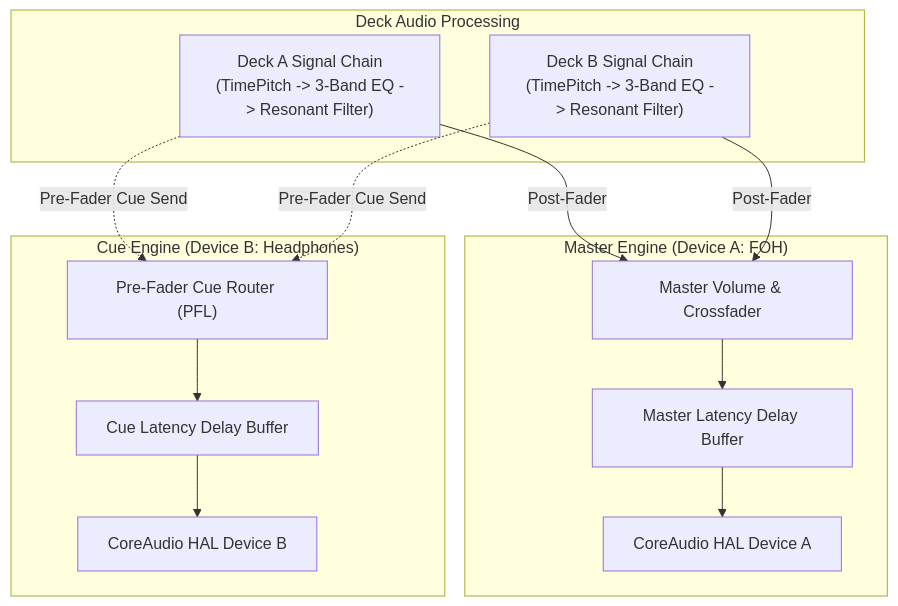
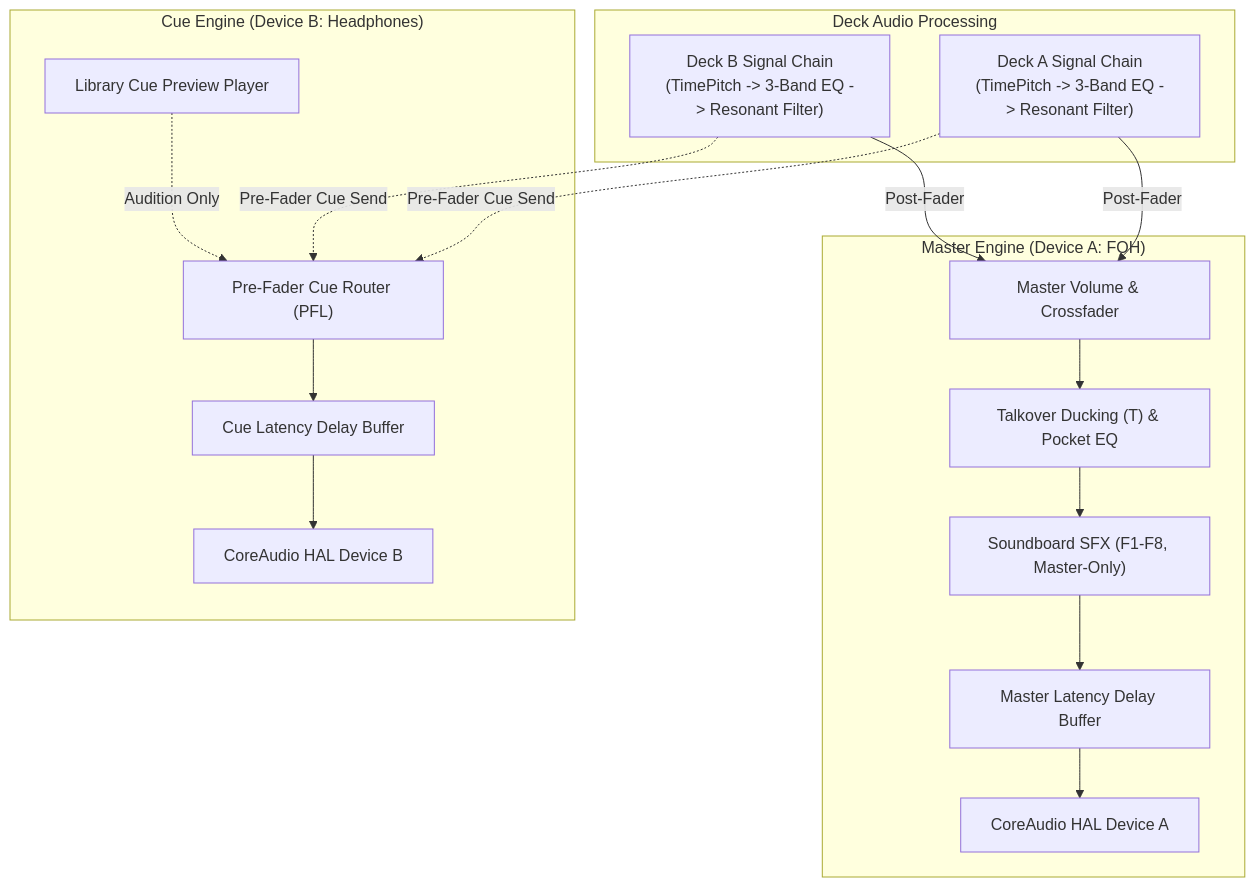
One commit to Ejv1k/PulseDeckAI changed the diagram in README.md. Above: the diagram before and after it, drawn with Mermaid. The commit also changed other lines of this file and 4 other files, not shown here.

````diff
--- a/README.md
+++ b/README.md
@@ -63,25 +57,29 @@
 ```mermaid
 graph TD
     subgraph Decks["Deck Audio Processing"]
         DA["Deck A Signal Chain<br/>(TimePitch -> 3-Band EQ -> Resonant Filter)"]
         DB["Deck B Signal Chain<br/>(TimePitch -> 3-Band EQ -> Resonant Filter)"]
     end
 
     subgraph MasterPipeline["Master Engine (Device A: FOH)"]
         MFader["Master Volume & Crossfader"]
+        MDuck["Talkover Ducking (T) & Pocket EQ"]
+        MSoundboard["Soundboard SFX (F1-F8, Master-Only)"]
         MDelay["Master Latency Delay Buffer"]
         MHAL["CoreAudio HAL Device A"]
         DA -->|Post-Fader| MFader
         DB -->|Post-Fader| MFader
-        MFader --> MDelay --> MHAL
+        MFader --> MDuck --> MSoundboard --> MDelay --> MHAL
     end
 
     subgraph CuePipeline["Cue Engine (Device B: Headphones)"]
         CueMixer["Pre-Fader Cue Router (PFL)"]
+        CuePreview["Library Cue Preview Player"]
         CDelay["Cue Latency Delay Buffer"]
         CHAL["CoreAudio HAL Device B"]
         DA -.->|Pre-Fader Cue Send| CueMixer
         DB -.->|Pre-Fader Cue Send| CueMixer
+        CuePreview -.->|Audition Only| CueMixer
         CueMixer --> CDelay --> CHAL
     end
 ```
````
